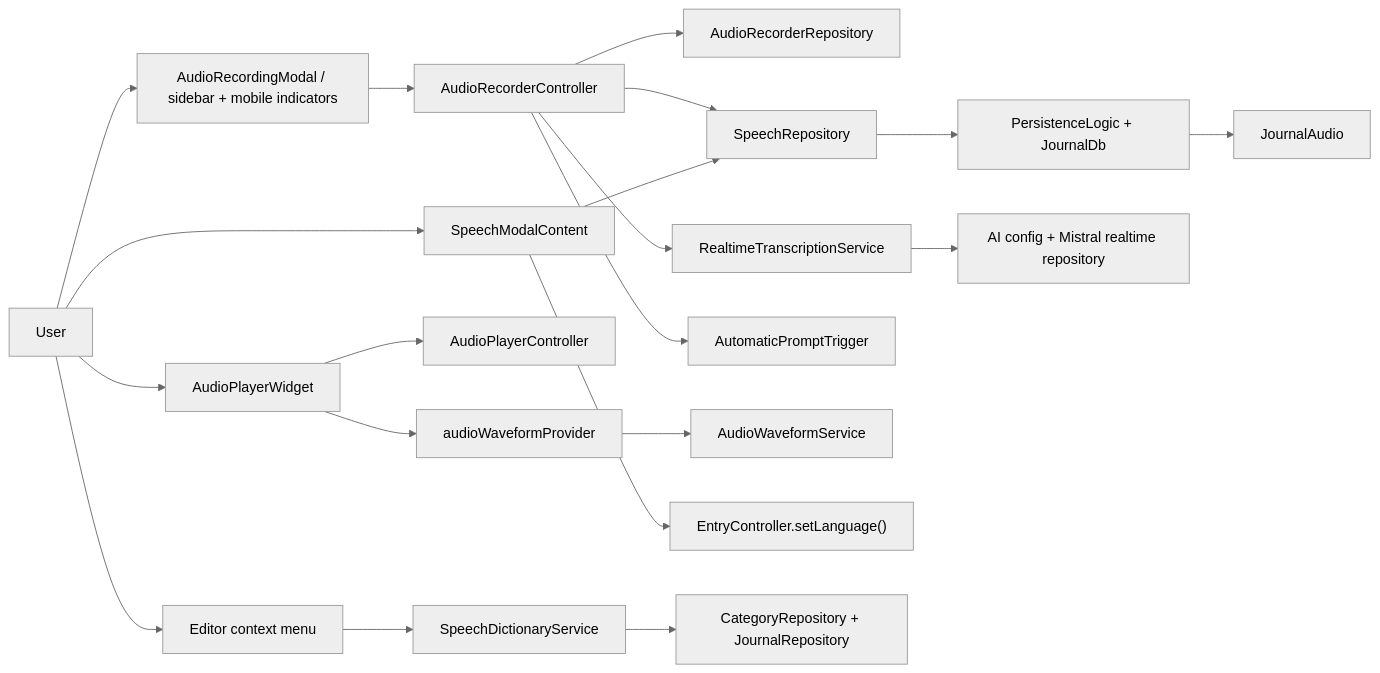
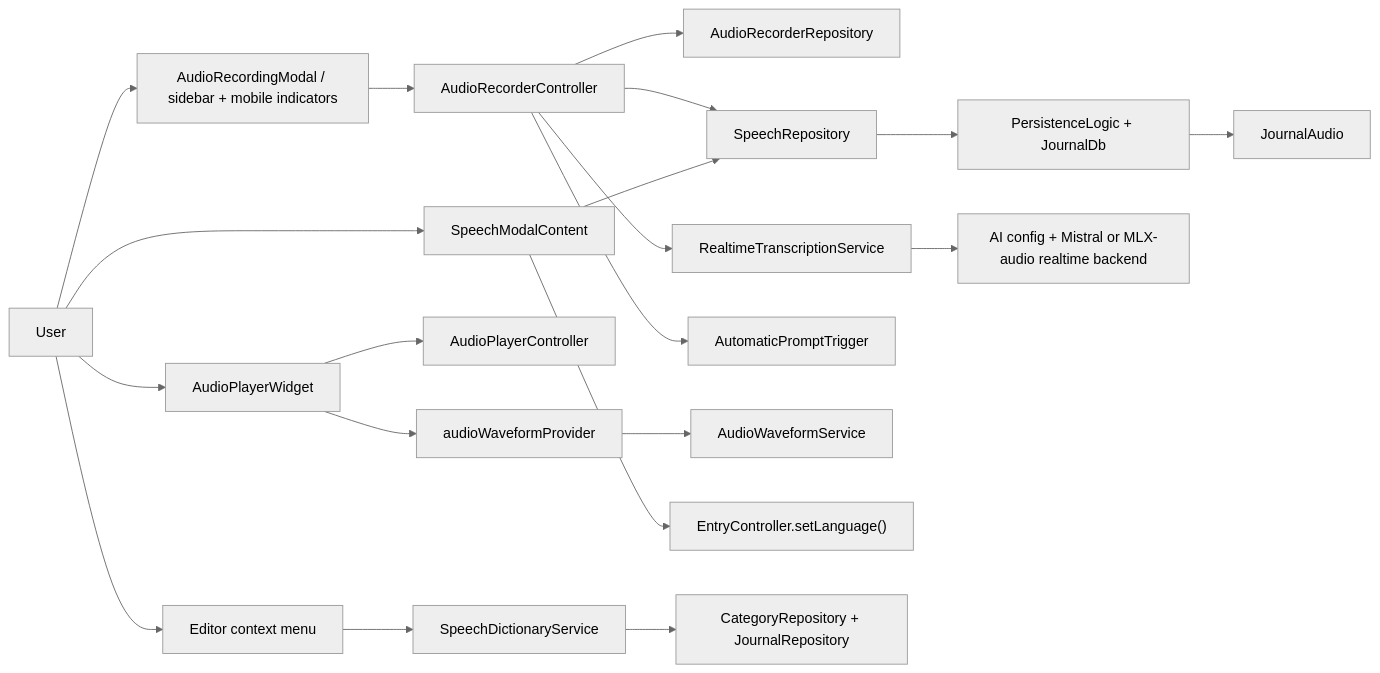
The first of 5 diagrams in lib/features/speech/README.md (matthiasn/lotti), drawn with Mermaid (neutral theme) before and after one commit. The commit also changed other lines of this file and 43 other files, not shown here.

````diff
--- a/lib/features/speech/README.md
+++ b/lib/features/speech/README.md
@@ -32,26 +32,26 @@
 ```mermaid
 flowchart LR
   User["User"] --> RecordingUI["AudioRecordingModal / sidebar + mobile indicators"]
   User --> PlaybackUI["AudioPlayerWidget"]
   User --> TranscriptUI["SpeechModalContent"]
   User --> EditorUI["Editor context menu"]
 
   RecordingUI --> RecorderCtl["AudioRecorderController"]
   RecorderCtl --> RecorderRepo["AudioRecorderRepository"]
   RecorderCtl --> RtTx["RealtimeTranscriptionService"]
   RecorderCtl --> SpeechRepo["SpeechRepository"]
   RecorderCtl --> AutoPrompt["AutomaticPromptTrigger"]
 
   PlaybackUI --> PlayerCtl["AudioPlayerController"]
   PlaybackUI --> WaveformProvider["audioWaveformProvider"]
   WaveformProvider --> WaveformSvc["AudioWaveformService"]
 
   TranscriptUI --> EntryCtl["EntryController.setLanguage()"]
   TranscriptUI --> SpeechRepo
   EditorUI --> DictSvc["SpeechDictionaryService"]
 
   SpeechRepo --> Persist["PersistenceLogic + JournalDb"]
   DictSvc --> CategoryRepo["CategoryRepository + JournalRepository"]
-  RtTx --> AiConfig["AI config + Mistral realtime repository"]
+  RtTx --> AiConfig["AI config + Mistral or MLX-audio realtime backend"]
   Persist --> JournalAudio["JournalAudio"]
 ```
````
